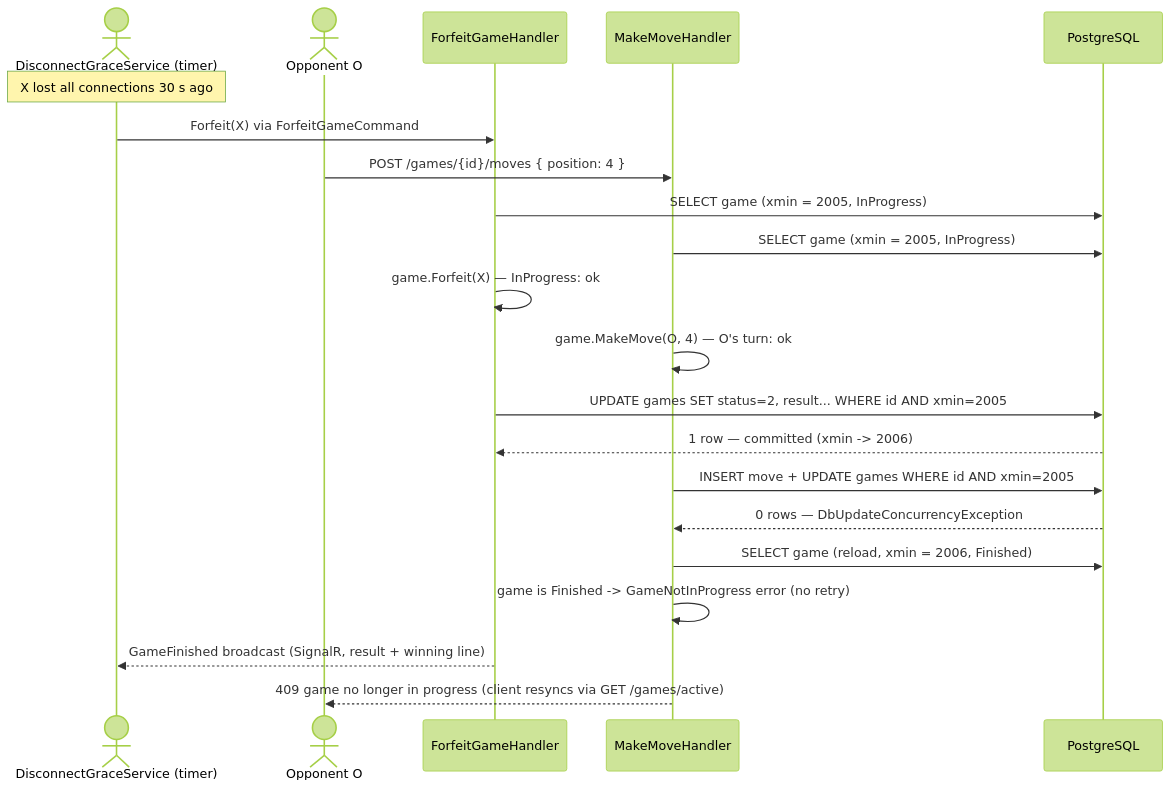
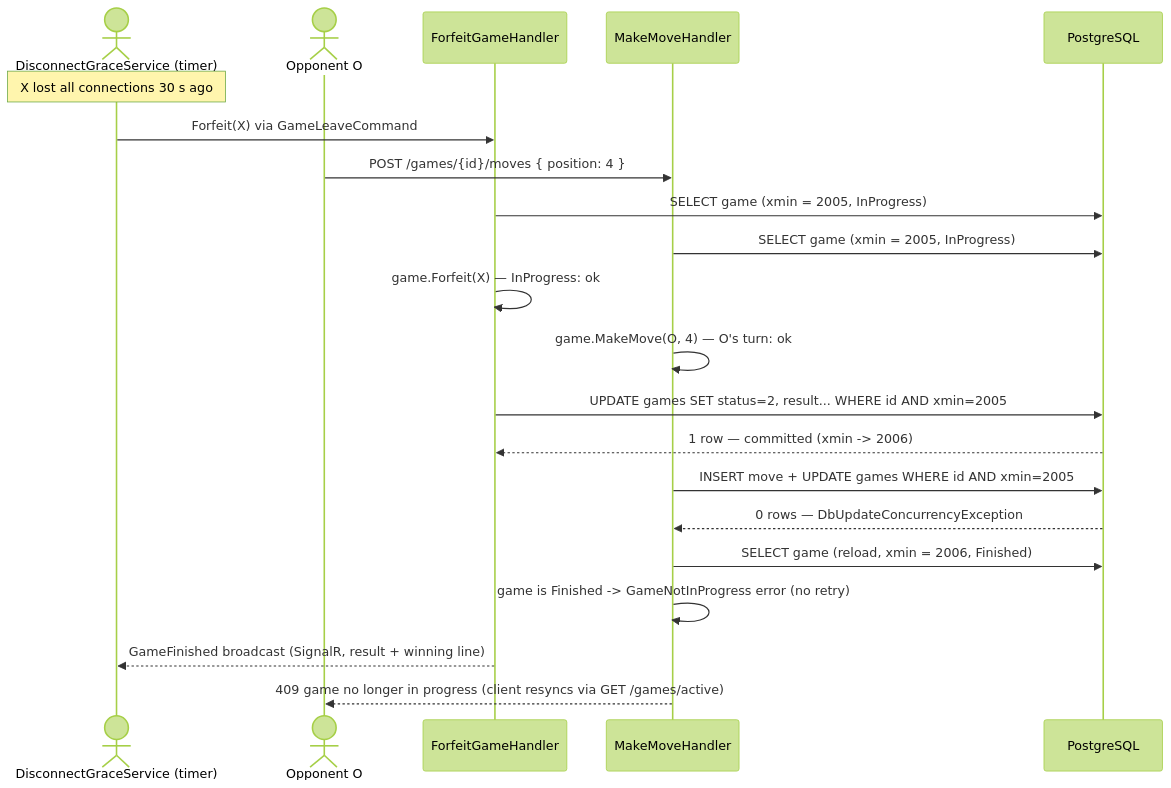
The second of 2 diagrams in docs/03-database/concurrency.md (Nur-Al-Mumit/tic-tac-toe), drawn with Mermaid (forest theme) before and after one commit. The commit also changed other lines of this file and 19 other files, not shown here.

First line of the commit message:
docs: align architecture, testing and CI documentation with the feature-based layout

````diff
--- a/docs/03-database/concurrency.md
+++ b/docs/03-database/concurrency.md
@@ -103,24 +103,24 @@
 ```mermaid
 sequenceDiagram
     actor Sweep as DisconnectGraceService (timer)
     actor O as Opponent O
     participant FH as ForfeitGameHandler
     participant MH as MakeMoveHandler
     participant DB as PostgreSQL
 
     Note over Sweep: X lost all connections 30 s ago
-    Sweep->>FH: Forfeit(X) via ForfeitGameCommand
+    Sweep->>FH: Forfeit(X) via GameLeaveCommand
     O->>MH: POST /games/{id}/moves { position: 4 }
     FH->>DB: SELECT game (xmin = 2005, InProgress)
     MH->>DB: SELECT game (xmin = 2005, InProgress)
     FH->>FH: game.Forfeit(X) — InProgress: ok
     MH->>MH: game.MakeMove(O, 4) — O's turn: ok
     FH->>DB: UPDATE games SET status=2, result... WHERE id AND xmin=2005
     DB-->>FH: 1 row — committed (xmin -> 2006)
     MH->>DB: INSERT move + UPDATE games WHERE id AND xmin=2005
     DB-->>MH: 0 rows — DbUpdateConcurrencyException
     MH->>DB: SELECT game (reload, xmin = 2006, Finished)
     MH->>MH: game is Finished -> GameNotInProgress error (no retry)
     FH-->>Sweep: GameFinished broadcast (SignalR, result + winning line)
     MH-->>O: 409 game no longer in progress (client resyncs via GET /games/active)
 ```
````
